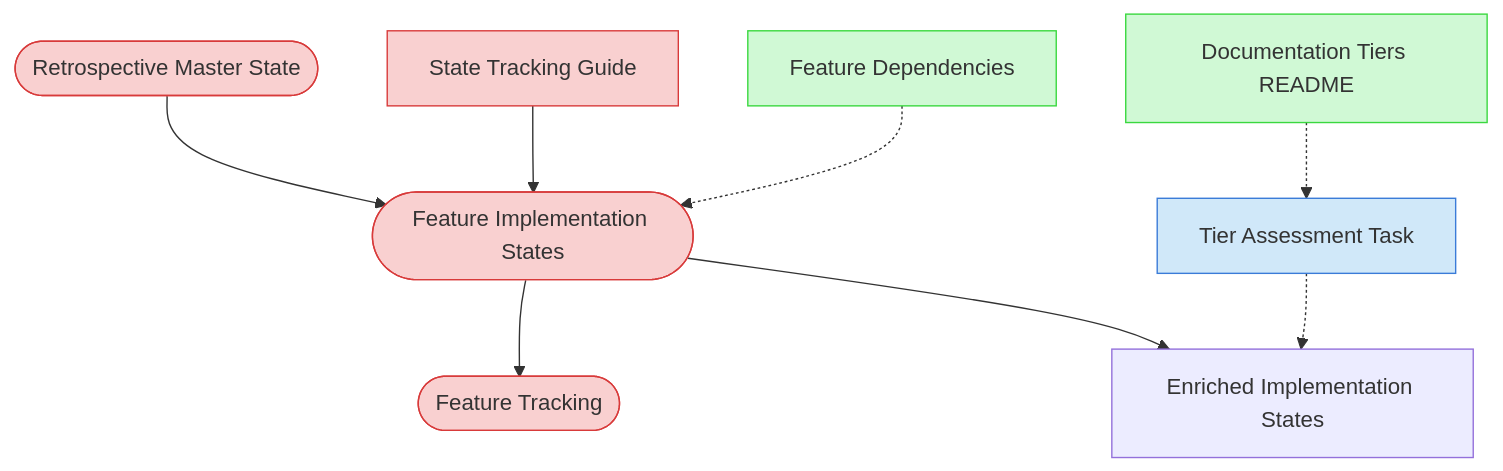
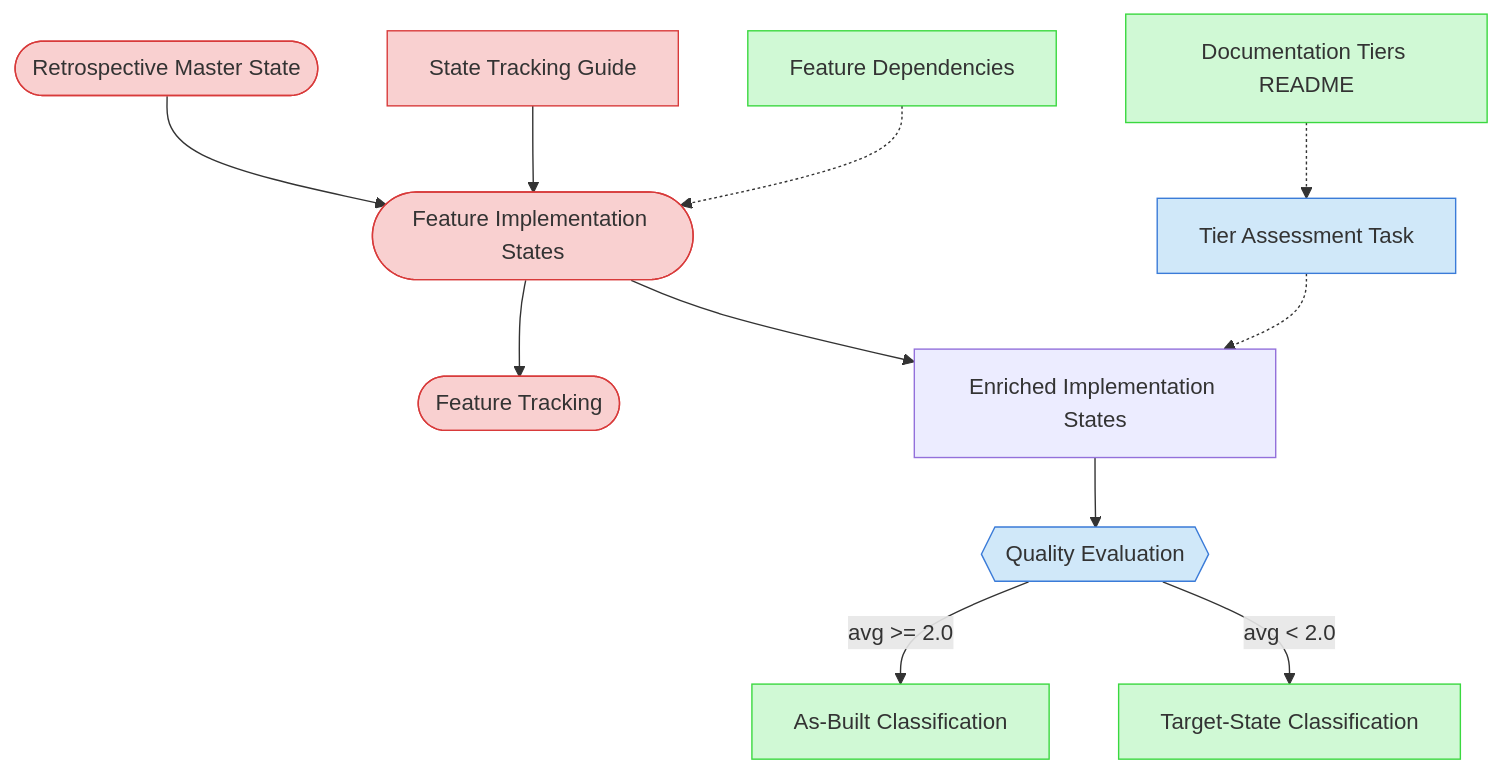
One commit to Abtomation/LinkWatcher changed the diagram in process-framework/visualization/context-maps/00-setup/codebase-feature-analysis-map.md. Above: the diagram before and after it, drawn with Mermaid. The commit also changed other lines of this file and 1342 other files, not shown here.

````diff
--- a/process-framework/visualization/context-maps/00-setup/codebase-feature-analysis-map.md
+++ b/process-framework/visualization/context-maps/00-setup/codebase-feature-analysis-map.md
@@ -18,18 +18,21 @@
 ```mermaid
 graph TD
     classDef critical fill:#f9d0d0,stroke:#d83a3a
     classDef important fill:#d0e8f9,stroke:#3a7bd8
     classDef reference fill:#d0f9d5,stroke:#3ad83f
 
     MasterState([Retrospective Master State]) --> FeatureStates([Feature Implementation States])
     FeatureStates --> FeatureTracking([Feature Tracking])
     StateGuide[State Tracking Guide] --> FeatureStates
     FeatureStates --> EnrichedStates[Enriched Implementation States]
+    EnrichedStates --> QualityEval{{Quality Evaluation}}
+    QualityEval --> |"avg >= 2.0"| AsBuilt[As-Built Classification]
+    QualityEval --> |"avg < 2.0"| TargetState[Target-State Classification]
     TierTask[Tier Assessment Task] -.-> EnrichedStates
     DocTiers[Documentation Tiers README] -.-> TierTask
     FeatureDeps[Feature Dependencies] -.-> FeatureStates
 
     class MasterState,FeatureStates,FeatureTracking,StateGuide critical
-    class TierTask important
-    class DocTiers,FeatureDeps reference
+    class TierTask,QualityEval important
+    class DocTiers,FeatureDeps,AsBuilt,TargetState reference
 ```
````
